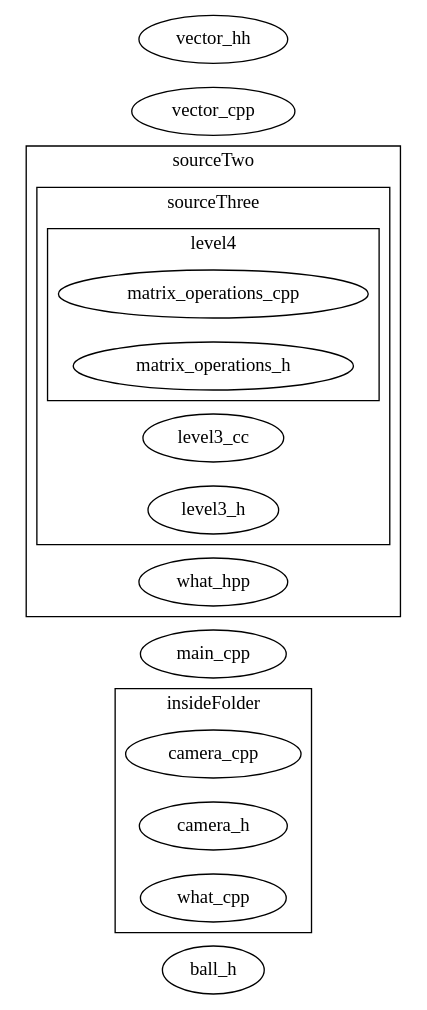
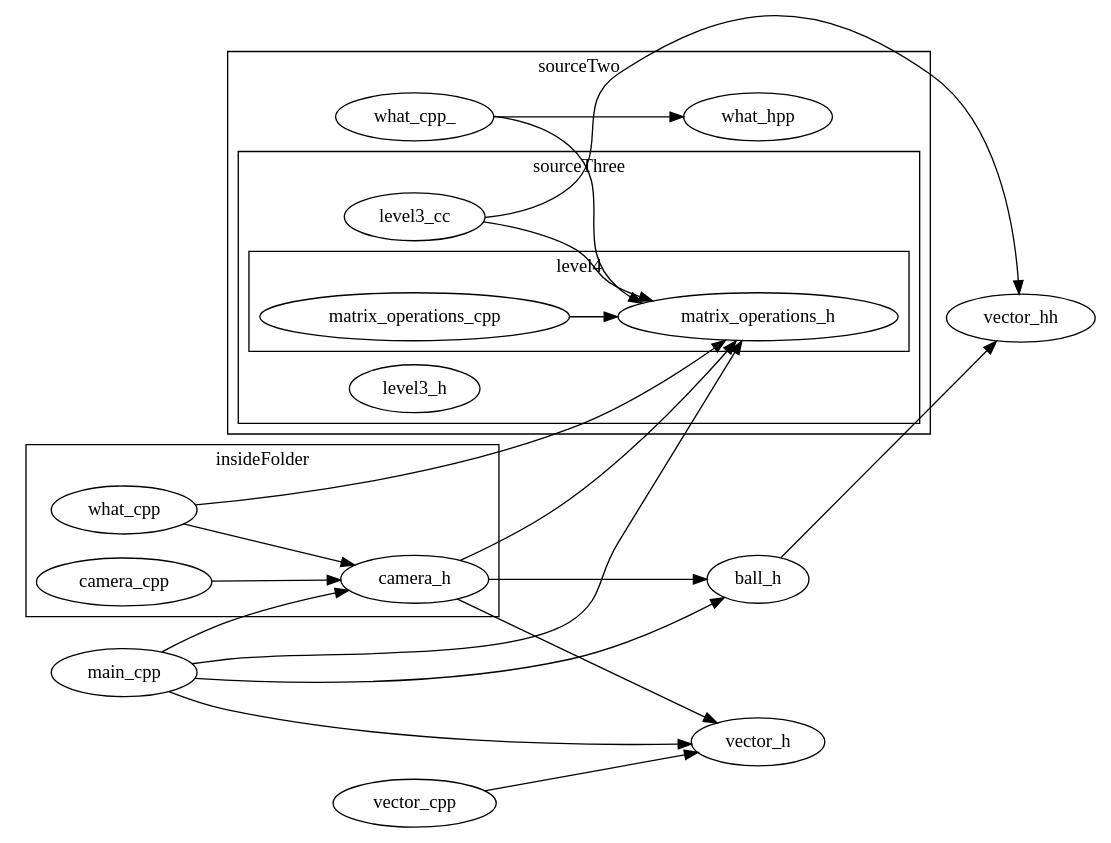
Before and after one commit to MatveyDidenko/CodeDependency: the diagram in pipe.dot, drawn with Graphviz. The commit also changed 1 other file, not shown here.

```diff
--- a/pipe.dot
+++ b/pipe.dot
@@ -1,21 +1,38 @@
 digraph {
 	rankdir=LR
 
 ball_h; 
 	subgraph cluster_insideFolder {
 		label="insideFolder";
 		camera_cpp; camera_h; what_cpp; 
 }main_cpp; 
 	subgraph cluster_sourceTwo {
 		label="sourceTwo";
 		
 	subgraph cluster_sourceTwo_sourceThree {
 		label="sourceThree";
 		level3_cc; level3_h; 
 	subgraph cluster_sourceTwo_sourceThree_level4 {
 		label="level4";
 		matrix_operations_cpp; matrix_operations_h; 
 }
-}what_cpp; what_hpp; 
-}vector_cpp; vector_hh; 
+}what_cpp_; what_hpp; 
+}vector_cpp; vector_hh; ball_h -> vector_hh;
+camera_cpp -> camera_h;
+camera_h -> matrix_operations_h;
+camera_h -> vector_h;
+camera_h -> ball_h;
+what_cpp -> matrix_operations_h;
+what_cpp -> camera_h;
+main_cpp -> vector_h;
+main_cpp -> camera_h;
+main_cpp -> matrix_operations_h;
+main_cpp -> ball_h;
+level3_cc -> matrix_operations_h;
+level3_cc -> vector_hh;
+matrix_operations_cpp -> matrix_operations_h;
+what_cpp_ -> matrix_operations_h;
+what_cpp_ -> what_hpp;
+vector_cpp -> vector_h;
+
 }
```
